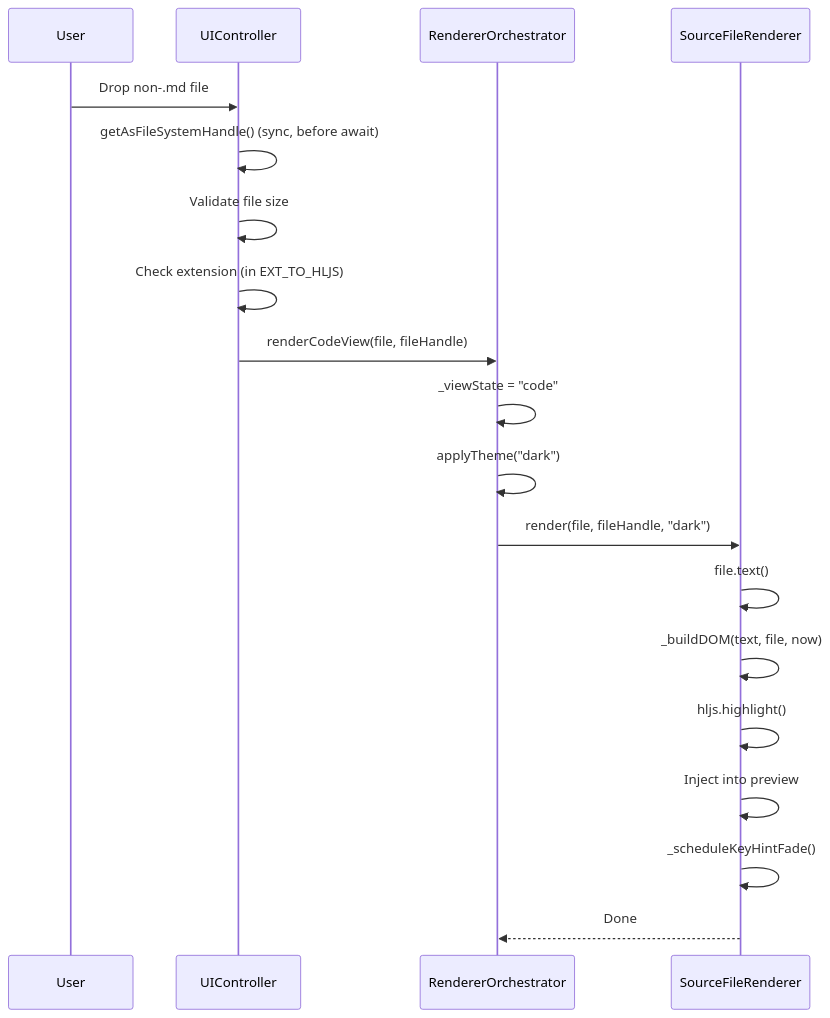
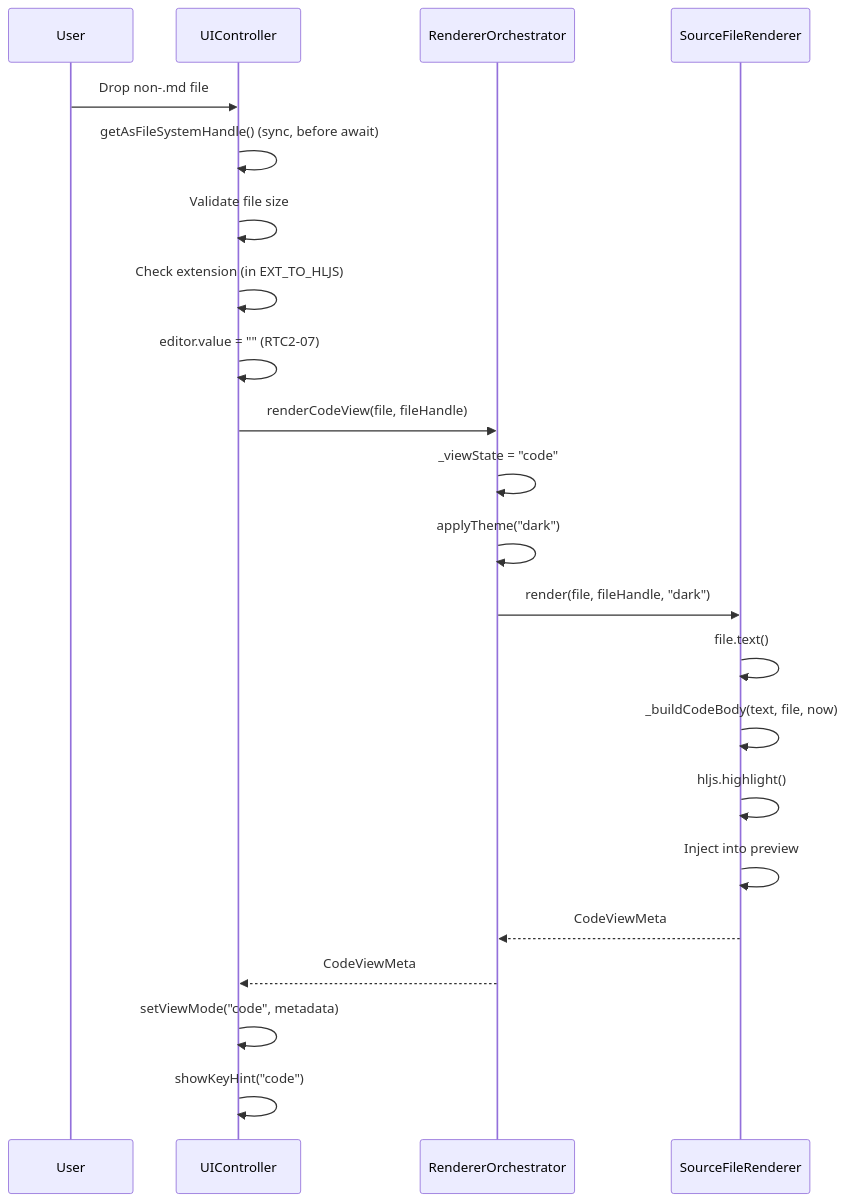
The sixth of 10 diagrams in spec/grsmd_gen2_spec_ja.md (GoodRelax/gr-simple-md-renderer), drawn with Mermaid before and after one commit. The commit also changed other lines of this file and 13 other files, not shown here.

````diff
--- a/spec/grsmd_gen2_spec_ja.md
+++ b/spec/grsmd_gen2_spec_ja.md
@@ -611,22 +656,25 @@
 ```mermaid
 sequenceDiagram
     participant User
     participant UIController
     participant RendererOrchestrator
     participant SourceFileRenderer
 
     User->>UIController : Drop non-.md file
     UIController->>UIController : getAsFileSystemHandle() (sync, before await)
     UIController->>UIController : Validate file size
     UIController->>UIController : Check extension (in EXT_TO_HLJS)
+    UIController->>UIController : editor.value = "" (RTC2-07)
     UIController->>RendererOrchestrator : renderCodeView(file, fileHandle)
     RendererOrchestrator->>RendererOrchestrator : _viewState = "code"
     RendererOrchestrator->>RendererOrchestrator : applyTheme("dark")
     RendererOrchestrator->>SourceFileRenderer : render(file, fileHandle, "dark")
     SourceFileRenderer->>SourceFileRenderer : file.text()
-    SourceFileRenderer->>SourceFileRenderer : _buildDOM(text, file, now)
+    SourceFileRenderer->>SourceFileRenderer : _buildCodeBody(text, file, now)
     SourceFileRenderer->>SourceFileRenderer : hljs.highlight()
     SourceFileRenderer->>SourceFileRenderer : Inject into preview
-    SourceFileRenderer->>SourceFileRenderer : _scheduleKeyHintFade()
-    SourceFileRenderer-->>RendererOrchestrator : Done
+    SourceFileRenderer-->>RendererOrchestrator : CodeViewMeta
+    RendererOrchestrator-->>UIController : CodeViewMeta
+    UIController->>UIController : setViewMode("code", metadata)
+    UIController->>UIController : showKeyHint("code")
 ```
````
